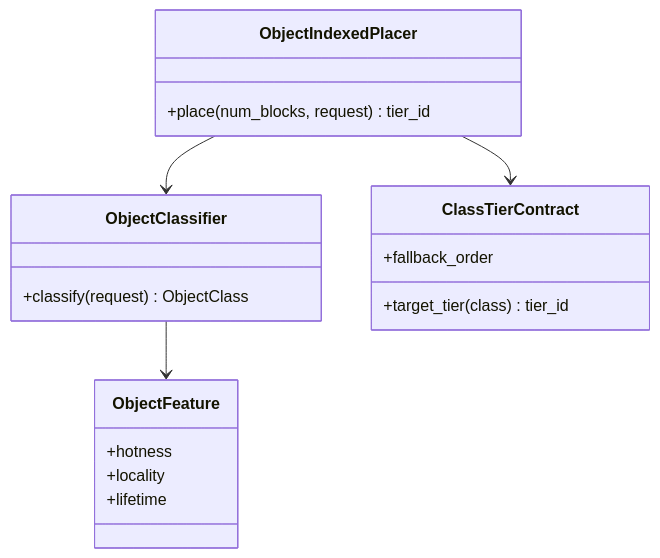
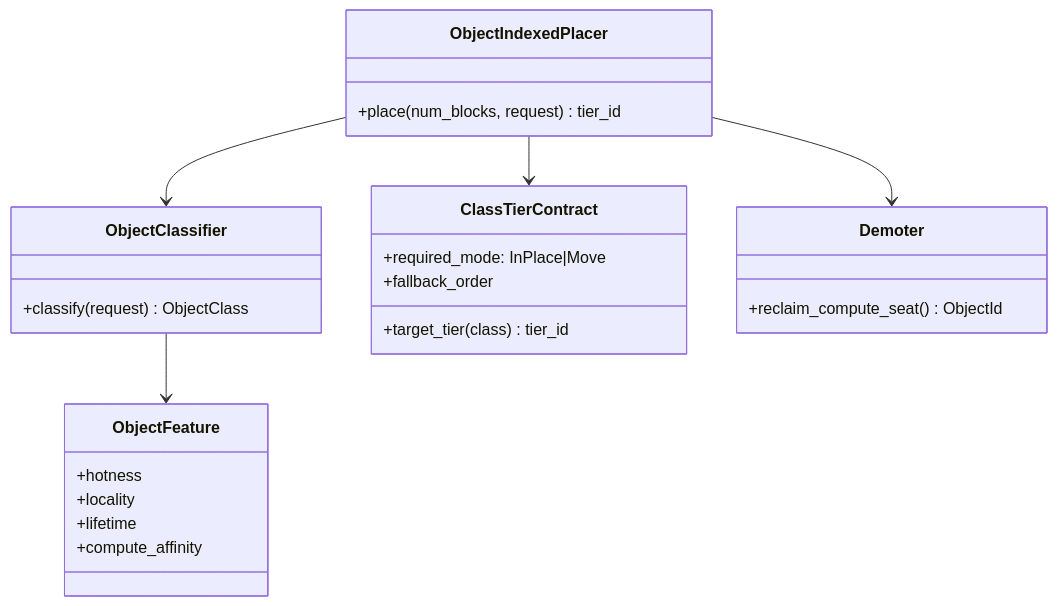
One commit to mkim0628/vllm changed the eighth of 8 diagrams in doc-mk/vllm-dp1-placement-decision-basis.md. Above: the diagram before and after it, drawn with Mermaid. The commit also changed other lines of this file, not shown here.

````diff
--- a/doc-mk/vllm-dp1-placement-decision-basis.md
+++ b/doc-mk/vllm-dp1-placement-decision-basis.md
@@ -423,21 +509,27 @@
 ```mermaid
 classDiagram
   class ObjectFeature {
     +hotness
     +locality
     +lifetime
+    +compute_affinity
   }
   class ObjectClassifier {
     +classify(request) ObjectClass
   }
   class ClassTierContract {
     +target_tier(class) tier_id
+    +required_mode: InPlace|Move
     +fallback_order
   }
   class ObjectIndexedPlacer {
     +place(num_blocks, request) tier_id
   }
+  class Demoter {
+    +reclaim_compute_seat() ObjectId
+  }
   ObjectIndexedPlacer --> ObjectClassifier
   ObjectIndexedPlacer --> ClassTierContract
+  ObjectIndexedPlacer --> Demoter
   ObjectClassifier --> ObjectFeature
 ```
````
